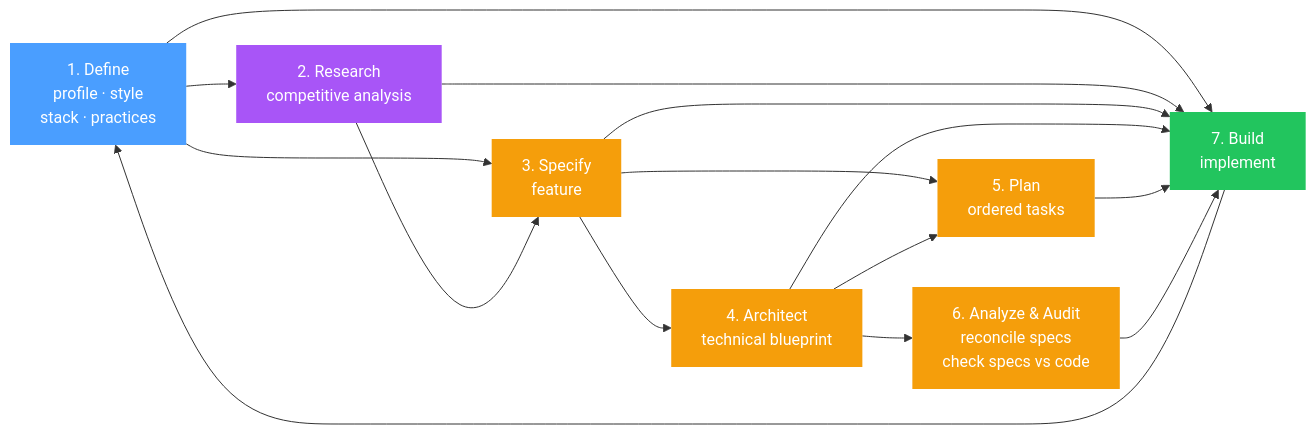
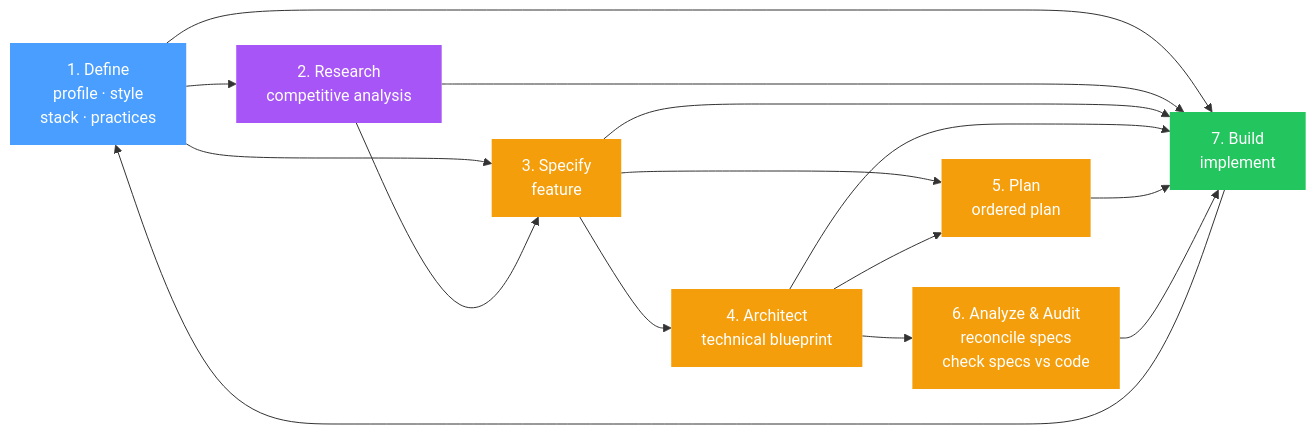
One commit to gballer77/gspec changed the diagram in README.md. Above: the diagram before and after it, drawn with Mermaid. The commit also changed other lines of this file and 17 other files, not shown here.

````diff
--- a/README.md
+++ b/README.md
@@ -30,48 +30,48 @@
 ```mermaid
 flowchart LR
     Define["1. Define
     profile · style
     stack · practices"]
 
     Research["2. Research
     competitive analysis"]
 
     Specify["3. Specify
     feature"]
 
     Architect["4. Architect
     technical blueprint"]
 
     Plan["5. Plan
-    ordered tasks"]
+    ordered plan"]
 
     Analyze["6. Analyze &amp; Audit
     reconcile specs
     check specs vs code"]
 
     Build["7. Build
     implement"]
 
     Define --> Research
     Define --> Specify
     Define --> Build
     Research --> Specify
     Research --> Build
     Specify --> Architect
     Specify --> Plan
     Specify --> Build
     Architect --> Plan
     Architect --> Analyze
     Architect --> Build
     Plan --> Build
     Analyze --> Build
     Build --> Define
 
     style Define fill:#4a9eff,color:#fff,stroke:none
     style Research fill:#a855f7,color:#fff,stroke:none
     style Specify fill:#f59e0b,color:#fff,stroke:none
     style Architect fill:#f59e0b,color:#fff,stroke:none
     style Plan fill:#f59e0b,color:#fff,stroke:none
     style Analyze fill:#f59e0b,color:#fff,stroke:none
     style Build fill:#22c55e,color:#fff,stroke:none
 ```
````
